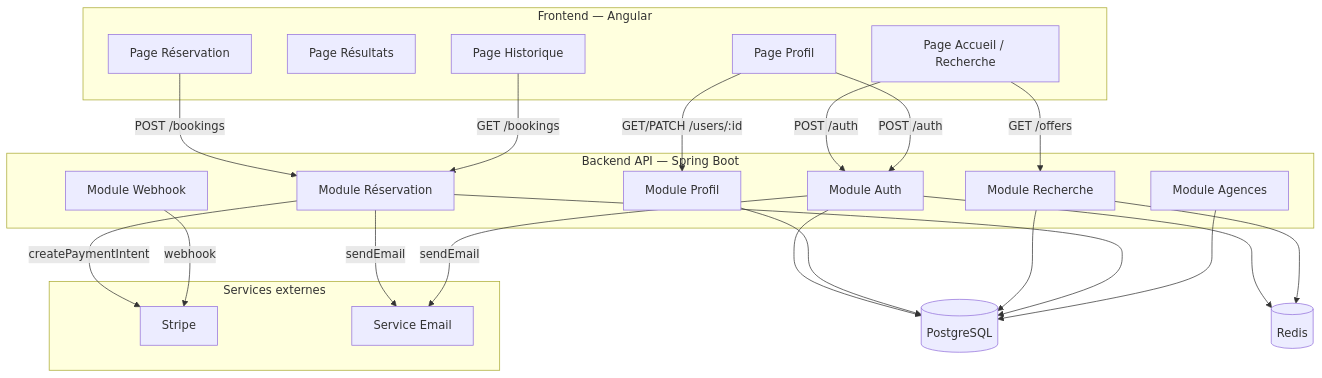
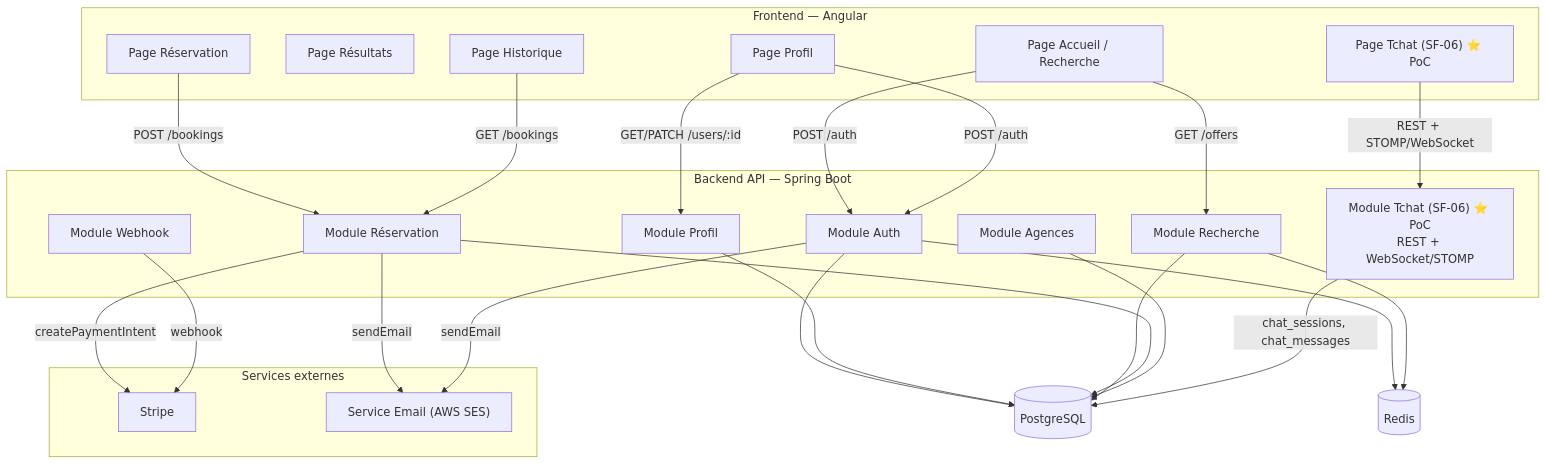
Before and after one commit to anthony-openclassroom/p10-yourcaryourway: the sixth of 10 diagrams in docs/architecture.md, drawn with Mermaid. The commit also changed other lines of this file and 4 other files, not shown here.

````diff
--- a/docs/architecture.md
+++ b/docs/architecture.md
@@ -288,40 +288,44 @@
 ```mermaid
 flowchart TB
     subgraph FE ["Frontend — Angular"]
         P1["Page Accueil / Recherche"]
         P2["Page Résultats"]
         P3["Page Réservation"]
         P4["Page Profil"]
         P5["Page Historique"]
+        P6["Page Tchat (SF-06) ⭐ PoC"]
     end
 
     subgraph BE ["Backend API — Spring Boot"]
         M1["Module Auth"]
         M2["Module Profil"]
         M3["Module Recherche"]
         M4["Module Réservation"]
         M5["Module Agences"]
         M6["Module Webhook"]
+        M7["Module Tchat (SF-06) ⭐ PoC\nREST + WebSocket/STOMP"]
     end
 
     subgraph EXT ["Services externes"]
         STRIPE["Stripe"]
-        EMAIL["Service Email"]
+        EMAIL["Service Email (AWS SES)"]
     end
 
     DB[("PostgreSQL")]
     CACHE[("Redis")]
 
     P1 -->|"GET /offers"| M3
     P3 -->|"POST /bookings"| M4
     P4 -->|"GET/PATCH /users/:id"| M2
     P5 -->|"GET /bookings"| M4
     P1 & P4 -->|"POST /auth"| M1
+    P6 -->|"REST + STOMP/WebSocket"| M7
 
     M4 -->|"createPaymentIntent"| STRIPE
     M6 -->|"webhook"| STRIPE
     M4 & M1 -->|"sendEmail"| EMAIL
 
     M1 & M2 & M3 & M4 & M5 --> DB
+    M7 -->|"chat_sessions, chat_messages"| DB
     M1 & M3 --> CACHE
 ```
````
